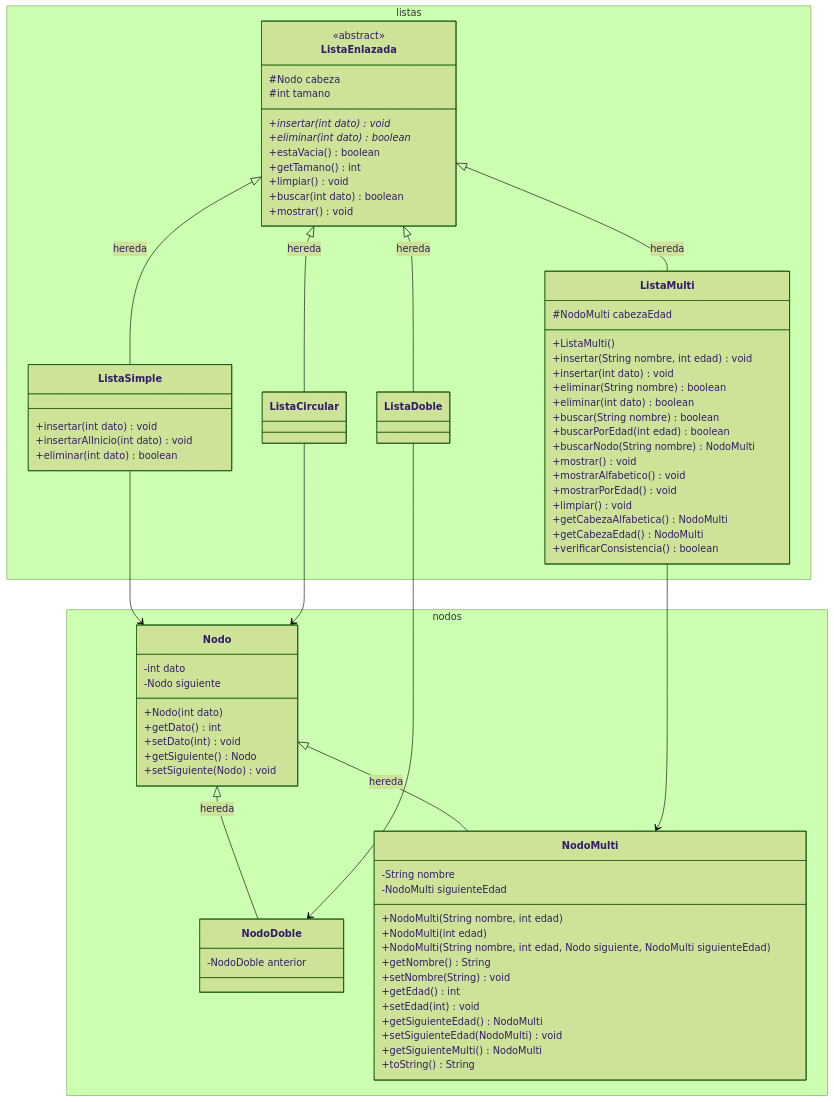
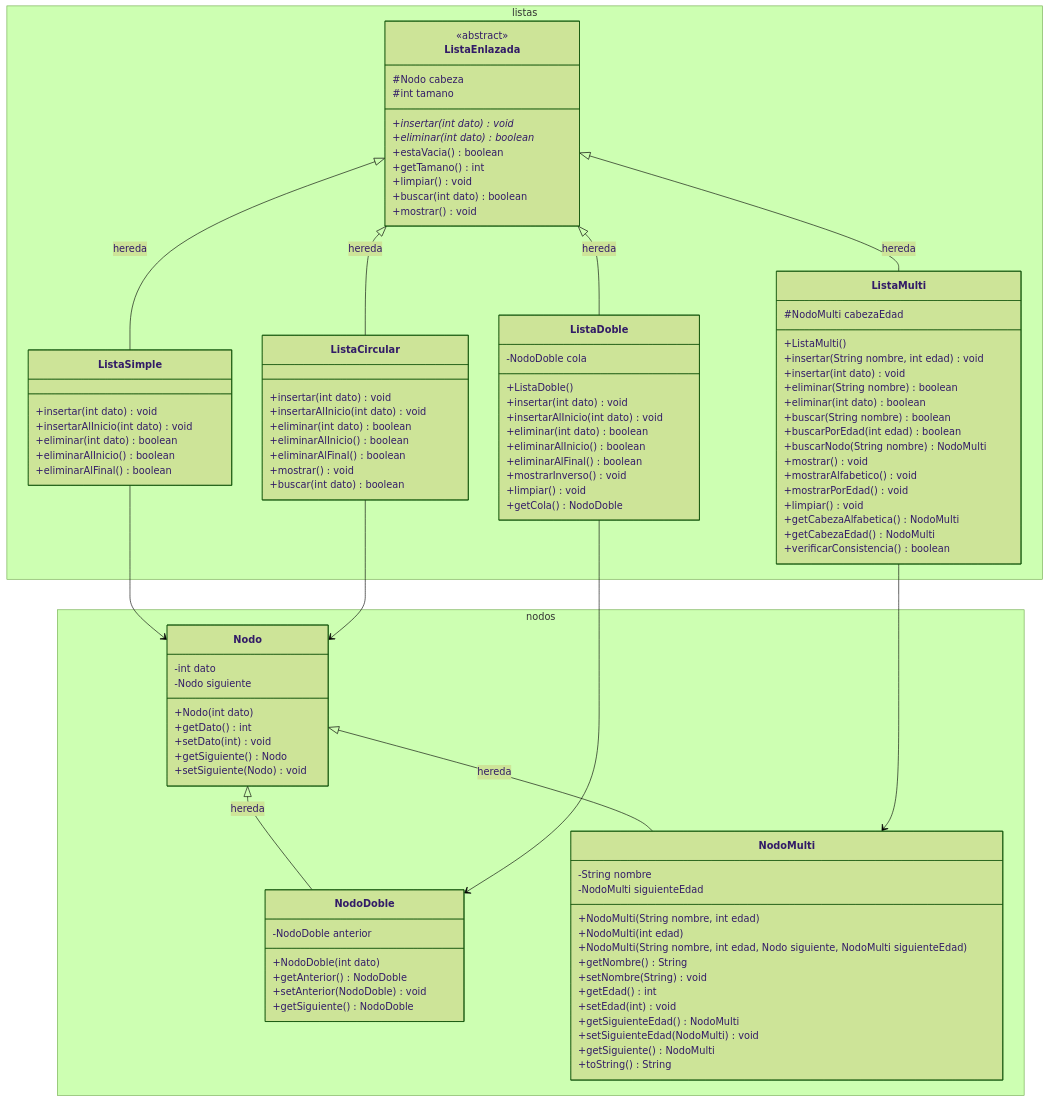
The diagram in Parcial_2/Listas_Enlazadas/docs/diagrama_clases.md (CrisDLS/Estructuras-de-Datos-umb), drawn with Mermaid (forest theme) before and after one commit. The commit also changed other lines of this file and 8 other files, not shown here.

Commit message:
feat(listas): integrar y estandarizar metodos de ListaDoble, ListaCircular y pruebas CP-DOB y CP-CIR

```diff
--- a/Parcial_2/Listas_Enlazadas/docs/diagrama_clases.md
+++ b/Parcial_2/Listas_Enlazadas/docs/diagrama_clases.md
@@ -18,6 +18,10 @@
         }
         class NodoDoble {
             -NodoDoble anterior
+            +NodoDoble(int dato)
+            +getAnterior() NodoDoble
+            +setAnterior(NodoDoble) void
+            +getSiguiente() NodoDoble
         }
         class NodoMulti {
             -String nombre
@@ -31,7 +35,7 @@
             +setEdad(int) void
             +getSiguienteEdad() NodoMulti
             +setSiguienteEdad(NodoMulti) void
-            +getSiguienteMulti() NodoMulti
+            +getSiguiente() NodoMulti
             +toString() String
         }
     }
@@ -53,10 +57,29 @@
             +insertar(int dato) void
             +insertarAlInicio(int dato) void
             +eliminar(int dato) boolean
+            +eliminarAlInicio() boolean
+            +eliminarAlFinal() boolean
         }
         class ListaDoble {
+            -NodoDoble cola
+            +ListaDoble()
+            +insertar(int dato) void
+            +insertarAlInicio(int dato) void
+            +eliminar(int dato) boolean
+            +eliminarAlInicio() boolean
+            +eliminarAlFinal() boolean
+            +mostrarInverso() void
+            +limpiar() void
+            +getCola() NodoDoble
         }
         class ListaCircular {
+            +insertar(int dato) void
+            +insertarAlInicio(int dato) void
+            +eliminar(int dato) boolean
+            +eliminarAlInicio() boolean
+            +eliminarAlFinal() boolean
+            +mostrar() void
+            +buscar(int dato) boolean
         }
         class ListaMulti {
             #NodoMulti cabezaEdad
```
